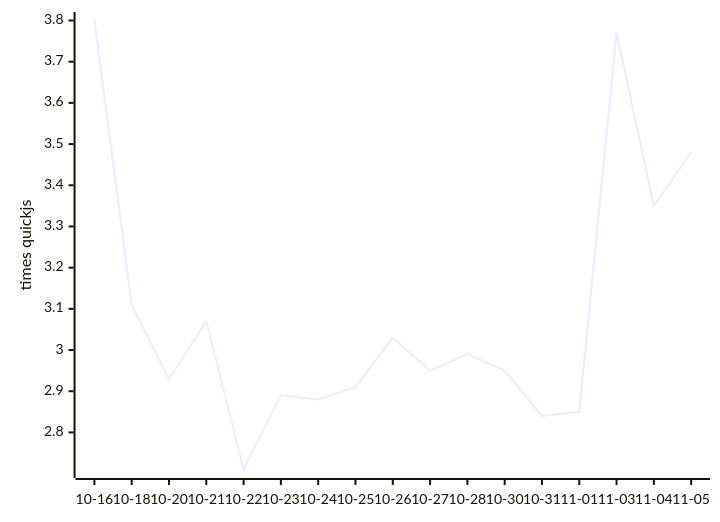
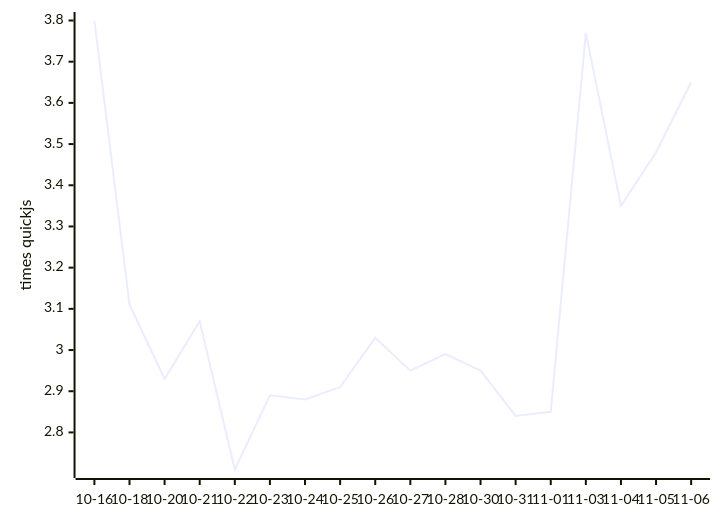
The diagram in README.md (mozzius/kahvi), drawn with Mermaid before and after one commit. The commit also changed other lines of this file and 1 other file, not shown here.

````diff
--- a/README.md
+++ b/README.md
@@ -9,6 +9,6 @@
 ```mermaid
 xychart-beta
-  x-axis ["10-16", "10-18", "10-20", "10-21", "10-22", "10-23", "10-24", "10-25", "10-26", "10-27", "10-28", "10-30", "10-31", "11-01", "11-03", "11-04", "11-05"]
+  x-axis ["10-16", "10-18", "10-20", "10-21", "10-22", "10-23", "10-24", "10-25", "10-26", "10-27", "10-28", "10-30", "10-31", "11-01", "11-03", "11-04", "11-05", "11-06"]
   y-axis "times quickjs"
-  line [3.80, 3.11, 2.93, 3.07, 2.71, 2.89, 2.88, 2.91, 3.03, 2.95, 2.99, 2.95, 2.84, 2.85, 3.77, 3.35, 3.48]
+  line [3.80, 3.11, 2.93, 3.07, 2.71, 2.89, 2.88, 2.91, 3.03, 2.95, 2.99, 2.95, 2.84, 2.85, 3.77, 3.35, 3.48, 3.65]
 ```
````
